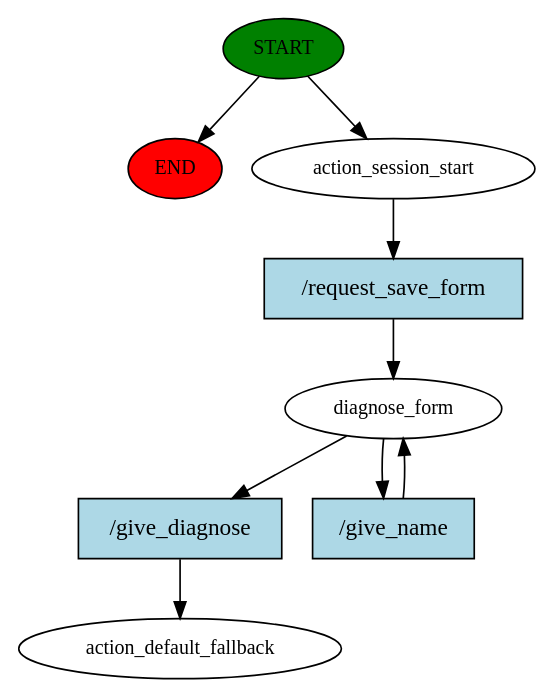
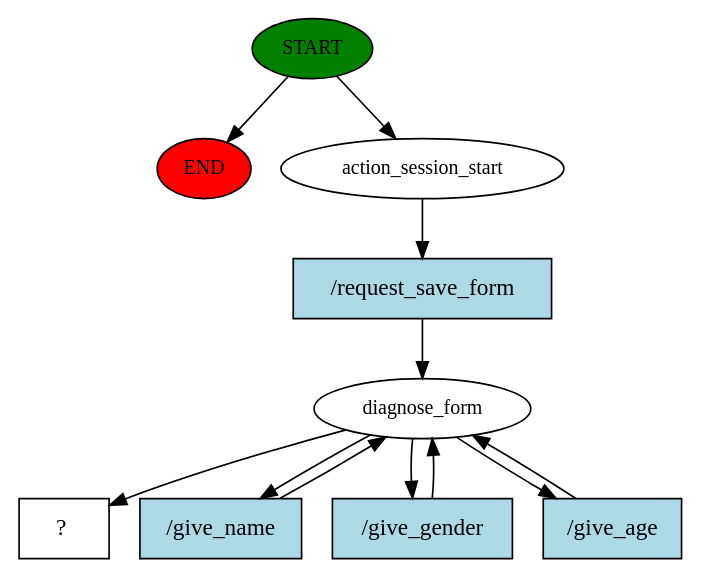
The diagram in story_graph.dot (1712832wine/rasa), drawn with Graphviz before and after one commit. The commit also changed 29 other files, not shown here.

```diff
--- a/story_graph.dot
+++ b/story_graph.dot
@@ -1,18 +1,22 @@
 digraph  {
 0 [class="start active", fillcolor=green, fontsize=12, label=START, style=filled];
 "-1" [class=end, fillcolor=red, fontsize=12, label=END, style=filled];
 1 [class=active, fontsize=12, label=action_session_start];
 2 [class=active, fontsize=12, label=diagnose_form];
-4 [class="dashed active", fontsize=12, label=action_default_fallback];
-5 [class="intent active", fillcolor=lightblue, label="/request_save_form", shape=rect, style=filled];
-6 [class="intent active", fillcolor=lightblue, label="/give_diagnose", shape=rect, style=filled];
-7 [class="intent active", fillcolor=lightblue, label="/give_name", shape=rect, style=filled];
+6 [class="intent dashed active", label="  ?  ", shape=rect];
+7 [class="intent active", fillcolor=lightblue, label="/request_save_form", shape=rect, style=filled];
+8 [class="intent active", fillcolor=lightblue, label="/give_name", shape=rect, style=filled];
+9 [class="intent active", fillcolor=lightblue, label="/give_gender", shape=rect, style=filled];
+10 [class="intent active", fillcolor=lightblue, label="/give_age", shape=rect, style=filled];
 0 -> "-1"  [class="", key=NONE, label=""];
 0 -> 1  [class=active, key=NONE, label=""];
-1 -> 5  [class=active, key=0];
-2 -> 6  [class=active, key=0];
-2 -> 7  [class=active, key=0];
-5 -> 2  [class=active, key=0];
-6 -> 4  [class=active, key=0];
+1 -> 7  [class=active, key=0];
+2 -> 6  [class=active, key=NONE, label=""];
+2 -> 8  [class=active, key=0];
+2 -> 9  [class=active, key=0];
+2 -> 10  [class=active, key=0];
 7 -> 2  [class=active, key=0];
+8 -> 2  [class=active, key=0];
+9 -> 2  [class=active, key=0];
+10 -> 2  [class=active, key=0];
 }
```
